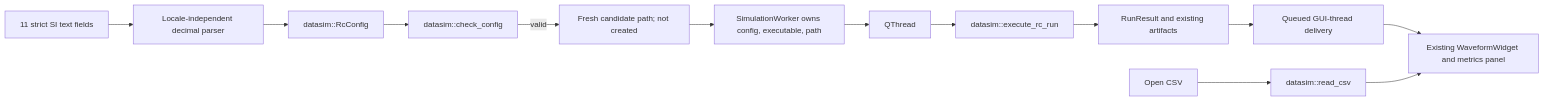
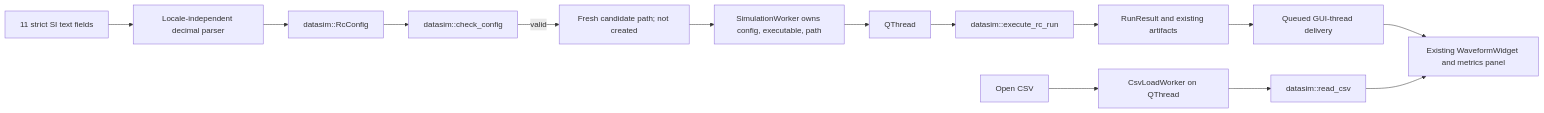
One commit to quocthaile/datasim changed the diagram in docs/PHASE_5B_ARCHITECTURE.md. Above: the diagram before and after it, drawn with Mermaid. The commit also changed other lines of this file and 25 other files, not shown here.

````diff
--- a/docs/PHASE_5B_ARCHITECTURE.md
+++ b/docs/PHASE_5B_ARCHITECTURE.md
@@ -34,15 +38,16 @@
 ```mermaid
 flowchart LR
     F[11 strict SI text fields] --> P[Locale-independent decimal parser]
     P --> C[datasim::RcConfig]
     C --> V[datasim::check_config]
     V -->|valid| D[Fresh candidate path; not created]
     D --> W[SimulationWorker owns config, executable, path]
     W --> T[QThread]
     T --> E[datasim::execute_rc_run]
     E --> R[RunResult and existing artifacts]
     R --> Q[Queued GUI-thread delivery]
     Q --> X[Existing WaveformWidget and metrics panel]
-    CSV[Open CSV] --> L[datasim::read_csv]
+    CSV[Open CSV] --> CW[CsvLoadWorker on QThread]
+    CW --> L[datasim::read_csv]
     L --> X
 ```
````
